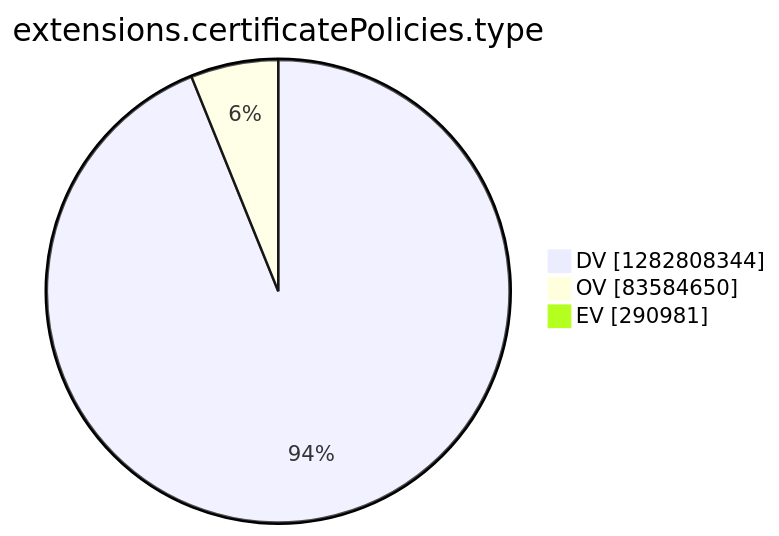
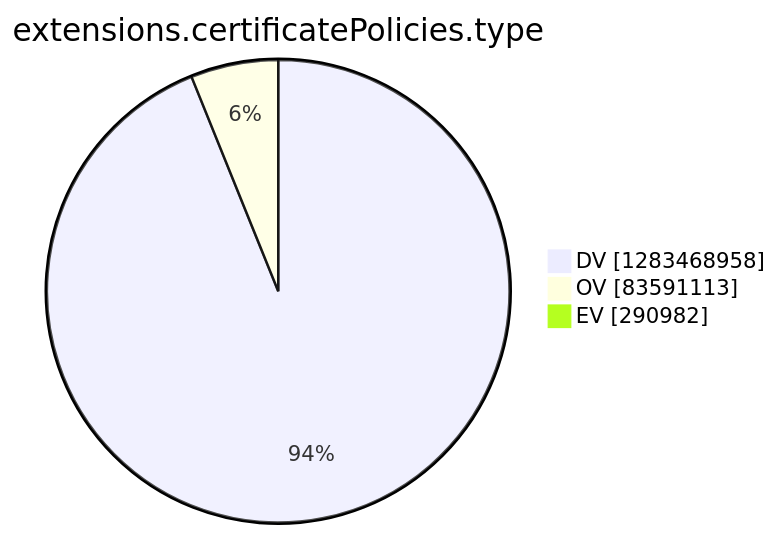
The tenth of 15 diagrams in argon2022/README.md (christiankrug/ctmonitor_visualization), drawn with Mermaid before and after one commit. The commit also changed other lines of this file, not shown here.

````diff
--- a/argon2022/README.md
+++ b/argon2022/README.md
@@ -2771,7 +2771,7 @@
 ```mermaid
 pie showData
 title extensions.certificatePolicies.type
-"DV" :1282808344
-"OV" :83584650
-"EV" :290981
+"DV" :1283468958
+"OV" :83591113
+"EV" :290982
 ```
````
